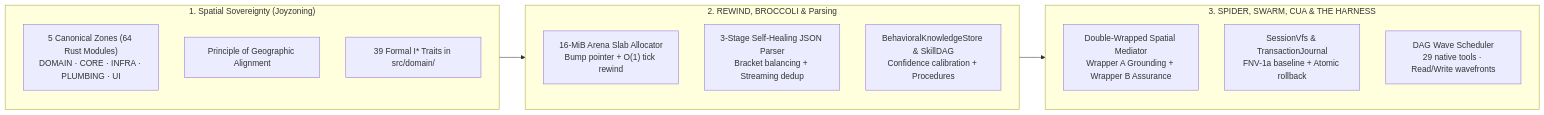
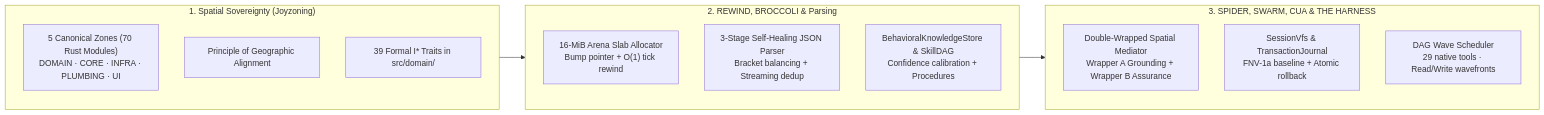
Before and after one commit to CardSorting/HEAV3NS-MICRO: the diagram in docs/wiki/README.md, drawn with Mermaid. The commit also changed other lines of this file and 24 other files, not shown here.

Commit message:
docs(architecture): complete documentation sync for Zenith pass (ADR-0012, ADR-0013, 70 modules, 66 Rust / 315 Swift tests, context HUD)

````diff
--- a/docs/wiki/README.md
+++ b/docs/wiki/README.md
@@ -22,22 +22,22 @@
 ```mermaid
 flowchart LR
   subgraph S1 ["1. Spatial Sovereignty (Joyzoning)"]
-    Z["5 Canonical Zones (64 Rust Modules)<br/>DOMAIN · CORE · INFRA · PLUMBING · UI"]
+    Z["5 Canonical Zones (70 Rust Modules)<br/>DOMAIN · CORE · INFRA · PLUMBING · UI"]
     P["Principle of Geographic Alignment"]
     C["39 Formal I* Traits in src/domain/"]
   end
 
   subgraph S2 ["2. REWIND, BROCCOLI & Parsing"]
     A["16-MiB Arena Slab Allocator<br/>Bump pointer + O(1) tick rewind"]
     J["3-Stage Self-Healing JSON Parser<br/>Bracket balancing + Streaming dedup"]
     B["BehavioralKnowledgeStore & SkillDAG<br/>Confidence calibration + Procedures"]
   end
 
   subgraph S3 ["3. SPIDER, SWARM, CUA & THE HARNESS"]
     M["Double-Wrapped Spatial Mediator<br/>Wrapper A Grounding + Wrapper B Assurance"]
     V["SessionVfs & TransactionJournal<br/>FNV-1a baseline + Atomic rollback"]
     W["DAG Wave Scheduler<br/>29 native tools · Read/Write wavefronts"]
   end
 
   S1 --> S2 --> S3
 ```
````
